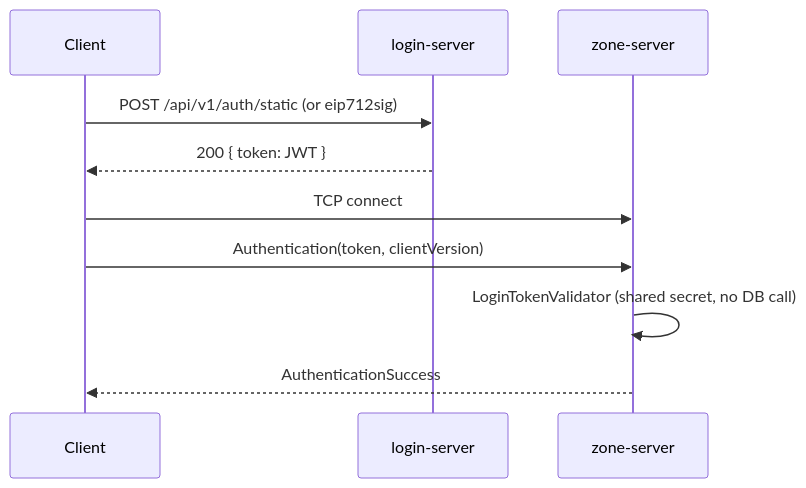
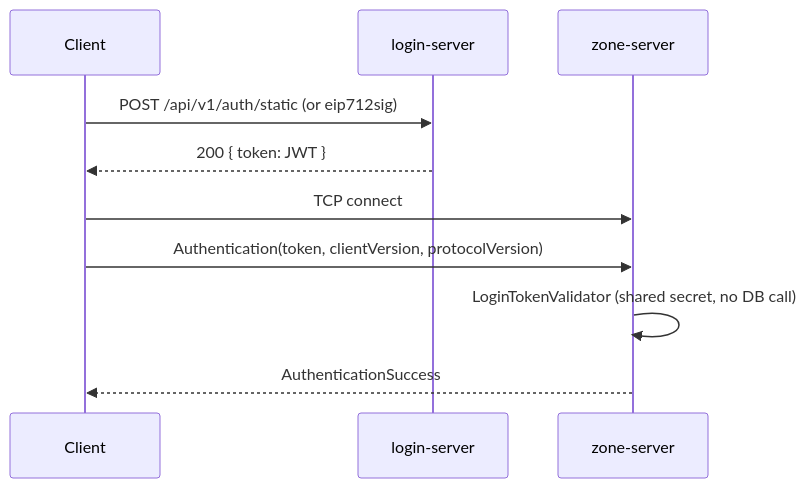
One commit to tfelix/bestia-docs changed the diagram in content/docs/server/authentication.md. Above: the diagram before and after it, drawn with Mermaid. The commit also changed other lines of this file and 2 other files, not shown here.

First line of the commit message:
docs(networking): refuse a client of another protocol version

````diff
--- a/content/docs/server/authentication.md
+++ b/content/docs/server/authentication.md
@@ -11,13 +11,13 @@
 ```mermaid
 sequenceDiagram
   participant C as Client
   participant L as login-server
   participant Z as zone-server
 
   C->>L: POST /api/v1/auth/static (or eip712sig)
   L-->>C: 200 { token: JWT }
   C->>Z: TCP connect
-  C->>Z: Authentication(token, clientVersion)
+  C->>Z: Authentication(token, clientVersion, protocolVersion)
   Z->>Z: LoginTokenValidator (shared secret, no DB call)
   Z-->>C: AuthenticationSuccess
 ```
````
